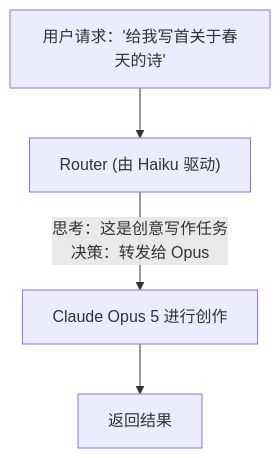
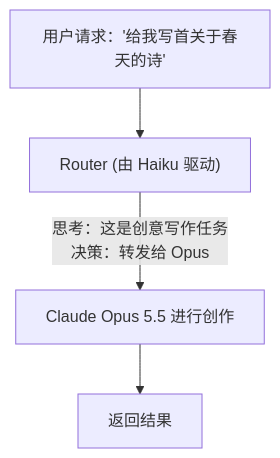
The second of 2 diagrams in 01_intro/1.4_model_selection.md (yeasy/claude_guide), drawn with Mermaid before and after one commit. The commit also changed other lines of this file and 25 other files, not shown here.

````diff
--- a/01_intro/1.4_model_selection.md
+++ b/01_intro/1.4_model_selection.md
@@ -93,6 +93,6 @@
 ```mermaid
 graph TD
     User["用户请求：'给我写首关于春天的诗'"] --> Router["Router (由 Haiku 驱动)"]
-    Router -- "思考：这是创意写作任务<br>决策：转发给 Opus" --> Worker["Claude Opus 5 进行创作"]
+    Router -- "思考：这是创意写作任务<br>决策：转发给 Opus" --> Worker["Claude Opus 5.5 进行创作"]
     Worker --> Result["返回结果"]
 ```
````
